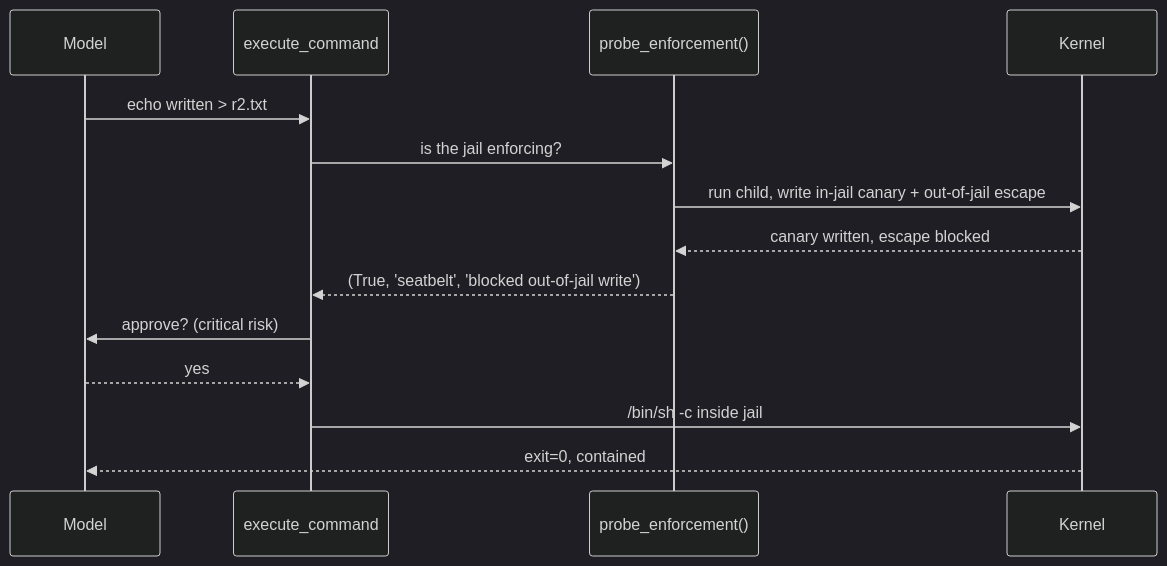
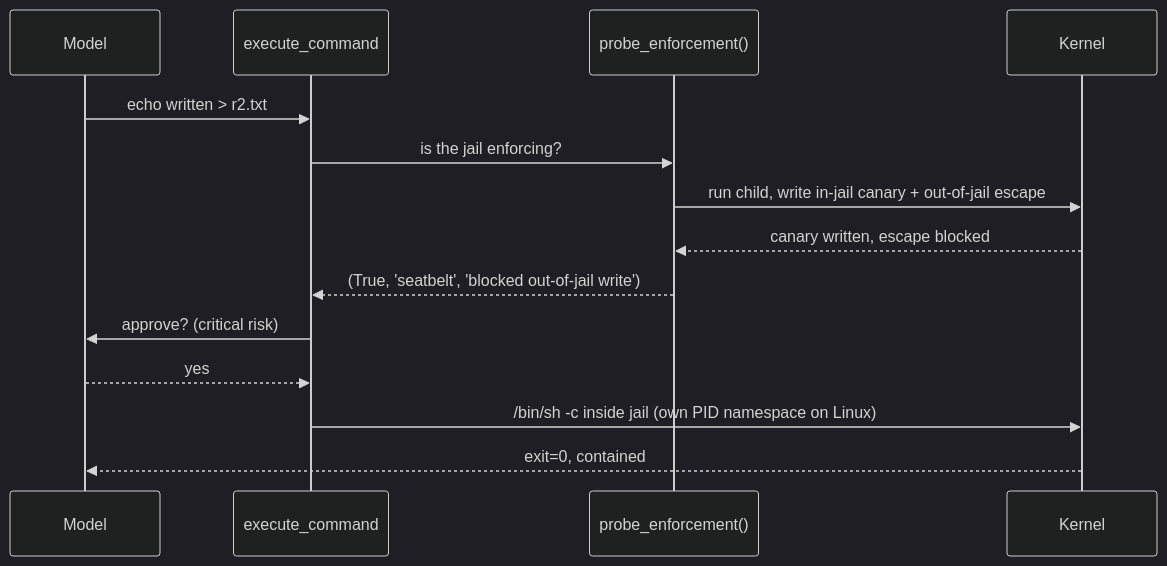
The second of 2 diagrams in docs/features/os-sandbox.mdx (MervinPraison/PraisonAIDocs), drawn with Mermaid (dark theme) before and after one commit. The commit also changed other lines of this file and 11 other files, not shown here.

````diff
--- a/docs/features/os-sandbox.mdx
+++ b/docs/features/os-sandbox.mdx
@@ -84,17 +104,17 @@
 ```mermaid
 sequenceDiagram
     participant Model
     participant execute_command
     participant Probe as probe_enforcement()
     participant Kernel
 
     Model->>execute_command: echo written > r2.txt
     execute_command->>Probe: is the jail enforcing?
     Probe->>Kernel: run child, write in-jail canary + out-of-jail escape
     Kernel-->>Probe: canary written, escape blocked
     Probe-->>execute_command: (True, 'seatbelt', 'blocked out-of-jail write')
     execute_command->>Model: approve? (critical risk)
     Model-->>execute_command: yes
-    execute_command->>Kernel: /bin/sh -c inside jail
+    execute_command->>Kernel: /bin/sh -c inside jail (own PID namespace on Linux)
     Kernel-->>Model: exit=0, contained
 ```
````
